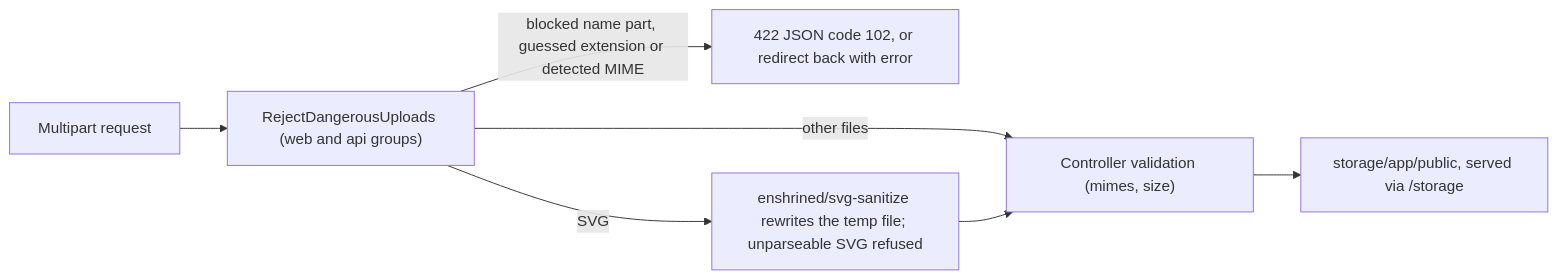
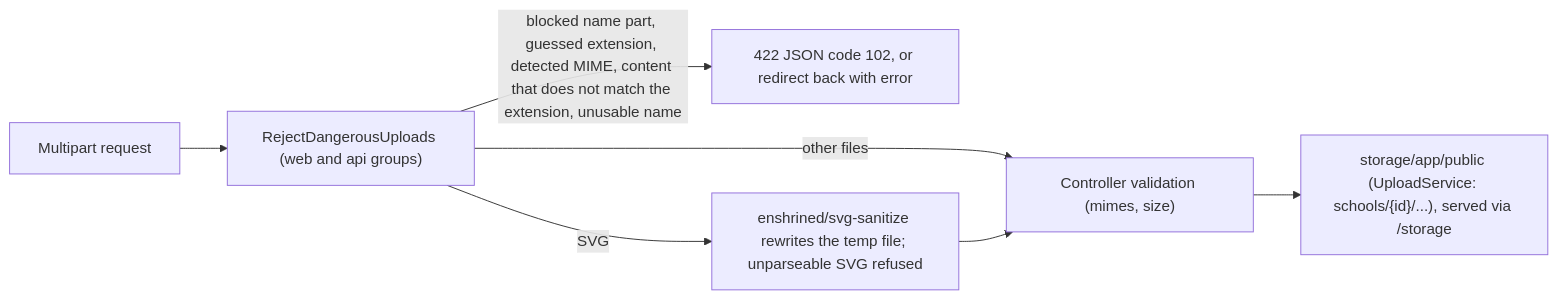
Before and after one commit to ShawnDaPrawn/Eschool: the second of 2 diagrams in wiki/Security-Model.md, drawn with Mermaid. The commit also changed other lines of this file and 3 other files, not shown here.

````diff
--- a/wiki/Security-Model.md
+++ b/wiki/Security-Model.md
@@ -178,9 +186,9 @@
 ```mermaid
 flowchart LR
     U["Multipart request"] --> M["RejectDangerousUploads (web and api groups)"]
-    M -->|"blocked name part, guessed extension or detected MIME"| X["422 JSON code 102, or redirect back with error"]
+    M -->|"blocked name part, guessed extension, detected MIME, content that does not match the extension, unusable name"| X["422 JSON code 102, or redirect back with error"]
     M -->|"SVG"| S["enshrined/svg-sanitize rewrites the temp file; unparseable SVG refused"]
     M -->|"other files"| V["Controller validation (mimes, size)"]
     S --> V
-    V --> D["storage/app/public, served via /storage"]
+    V --> D["storage/app/public (UploadService: schools/{id}/...), served via /storage"]
 ```
````
